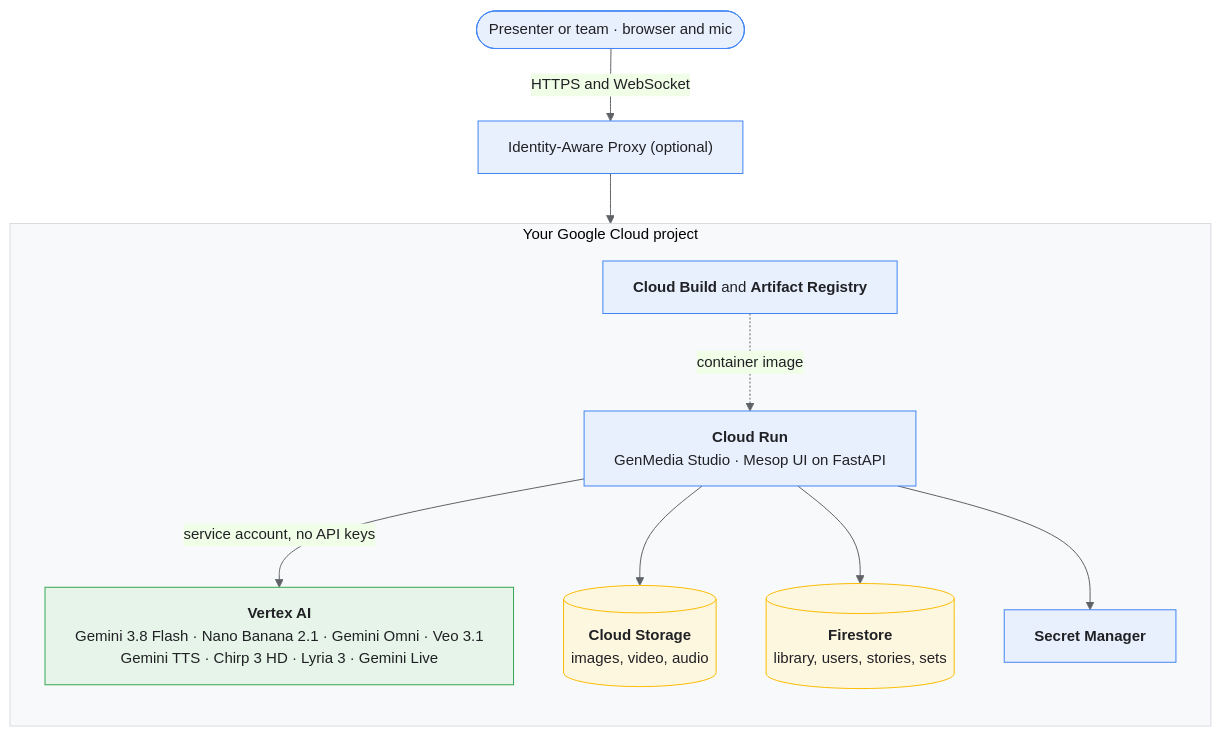
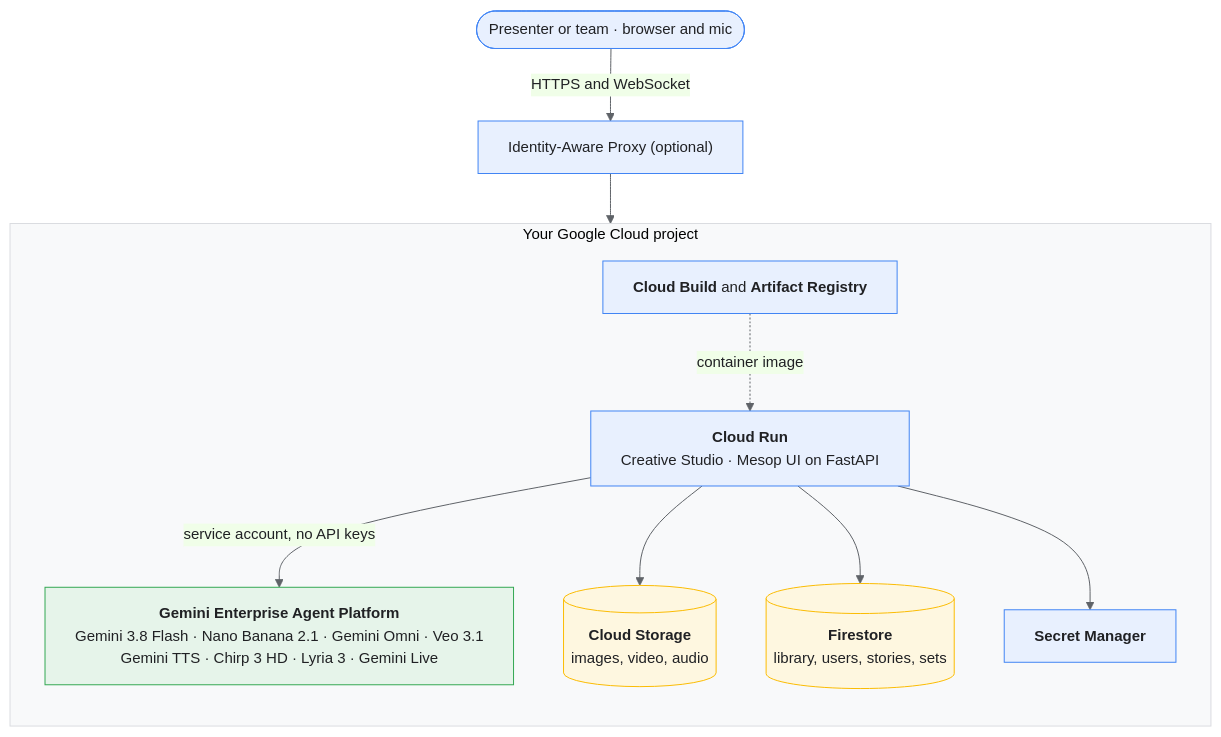
The diagram in README.md (ProjectZero02/creative-studio), drawn with Mermaid before and after one commit. The commit also changed other lines of this file and 43 other files, not shown here.

First line of the commit message:
Rename to Creative Studio and Film Studio

````diff
--- a/README.md
+++ b/README.md
@@ -177,21 +177,21 @@
 ```mermaid
 %%{init: {"theme": "base", "flowchart": {"wrappingWidth": 460}, "themeVariables": {"fontFamily": "Google Sans, Roboto, Arial", "fontSize": "15px", "primaryColor": "#E8F0FE", "primaryBorderColor": "#4285F4", "primaryTextColor": "#202124", "lineColor": "#5F6368", "clusterBkg": "#F8F9FA", "clusterBorder": "#DADCE0"}}}%%
 flowchart TB
   user(["Presenter or team · browser and mic"]) -- "HTTPS and WebSocket" --> iap["Identity-Aware Proxy (optional)"]
   iap --> run
 
   subgraph gcp ["Your Google Cloud project"]
     direction TB
-    run["<b>Cloud Run</b><br>GenMedia Studio · Mesop UI on FastAPI"]
-    run -- "service account, no API keys" --> vertex["<b>Vertex AI</b><br>Gemini 3.8 Flash · Nano Banana 2.1 · Gemini Omni · Veo 3.1<br>Gemini TTS · Chirp 3 HD · Lyria 3 · Gemini Live"]
+    run["<b>Cloud Run</b><br>Creative Studio · Mesop UI on FastAPI"]
+    run -- "service account, no API keys" --> vertex["<b>Gemini Enterprise Agent Platform</b><br>Gemini 3.8 Flash · Nano Banana 2.1 · Gemini Omni · Veo 3.1<br>Gemini TTS · Chirp 3 HD · Lyria 3 · Gemini Live"]
     run --> gcs[("<b>Cloud Storage</b><br>images, video, audio")]
     run --> fs[("<b>Firestore</b><br>library, users, stories, sets")]
     run --> sm["<b>Secret Manager</b>"]
     build["<b>Cloud Build</b> and <b>Artifact Registry</b>"] -. "container image" .-> run
   end
 
   classDef ai fill:#E6F4EA,stroke:#34A853,color:#202124
   classDef data fill:#FEF7E0,stroke:#FBBC04,color:#202124
   class vertex ai
   class gcs,fs data
 ```
````
